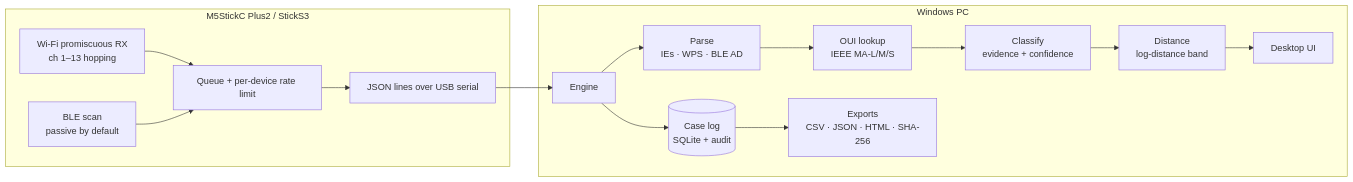
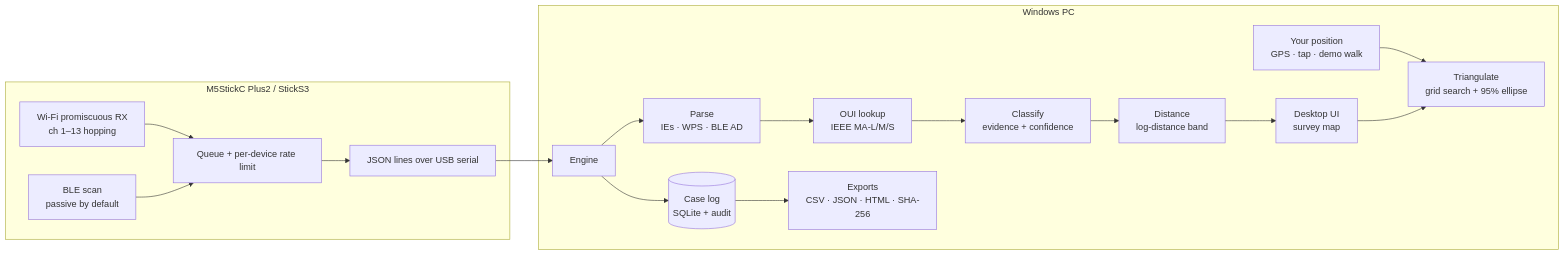
The diagram in README.md (BlackSandsLabs/FRET), drawn with Mermaid before and after one commit. The commit also changed other lines of this file and 5 other files, not shown here.

First line of the commit message:
Update README and docs for the survey map and triangulation

````diff
--- a/README.md
+++ b/README.md
@@ -154,18 +161,20 @@
 ```mermaid
 flowchart LR
     subgraph Stick["M5StickC Plus2 / StickS3"]
         W["Wi-Fi promiscuous RX<br/>ch 1–13 hopping"] --> Q[Queue + per-device rate limit]
         B["BLE scan<br/>passive by default"] --> Q
         Q --> S["JSON lines over USB serial"]
     end
     S --> E
     subgraph PC["Windows PC"]
         E[Engine] --> P["Parse<br/>IEs · WPS · BLE AD"]
         P --> O["OUI lookup<br/>IEEE MA-L/M/S"]
         O --> C["Classify<br/>evidence + confidence"]
         C --> D["Distance<br/>log-distance band"]
-        D --> UI["Desktop UI"]
+        D --> UI["Desktop UI<br/>survey map"]
+        G["Your position<br/>GPS · tap · demo walk"] --> T["Triangulate<br/>grid search + 95% ellipse"]
+        UI --> T
         E --> L[("Case log<br/>SQLite + audit")]
         L --> X["Exports<br/>CSV · JSON · HTML · SHA-256"]
     end
 ```
````
